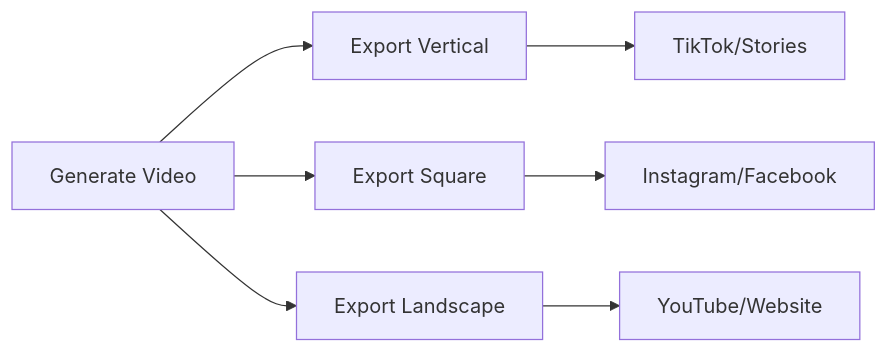
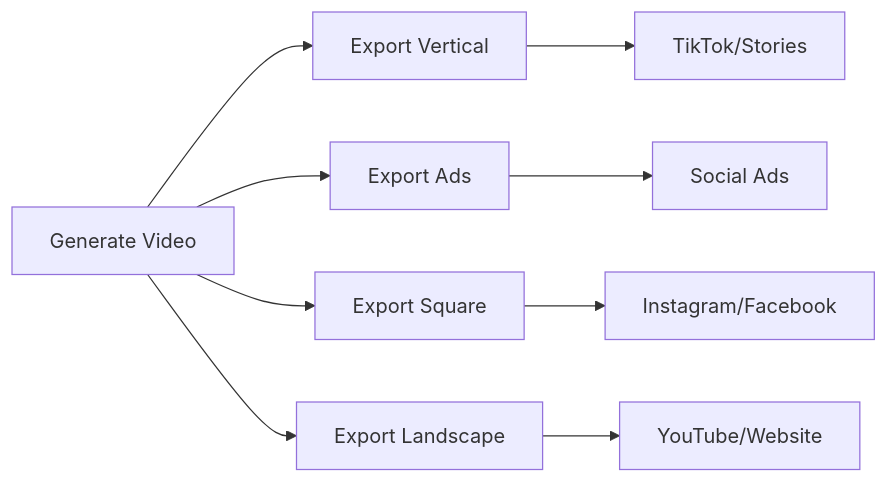
One commit to Alandla/axeimmo changed the diagram in docs/video-export/overview.mdx. Above: the diagram before and after it, drawn with Mermaid. The commit also changed other lines of this file and 4 other files, not shown here.

````diff
--- a/docs/video-export/overview.mdx
+++ b/docs/video-export/overview.mdx
@@ -104,9 +71,11 @@
 ```mermaid
 graph LR
     A[Generate Video] --> B[Export Vertical]
-    A --> C[Export Square]  
-    A --> D[Export Landscape]
-    B --> E[TikTok/Stories]
-    C --> F[Instagram/Facebook]
-    D --> G[YouTube/Website]
+    A --> C[Export Ads]
+    A --> D[Export Square]  
+    A --> E[Export Landscape]
+    B --> F[TikTok/Stories]
+    C --> G[Social Ads]
+    D --> H[Instagram/Facebook]
+    E --> I[YouTube/Website]
 ```
````
